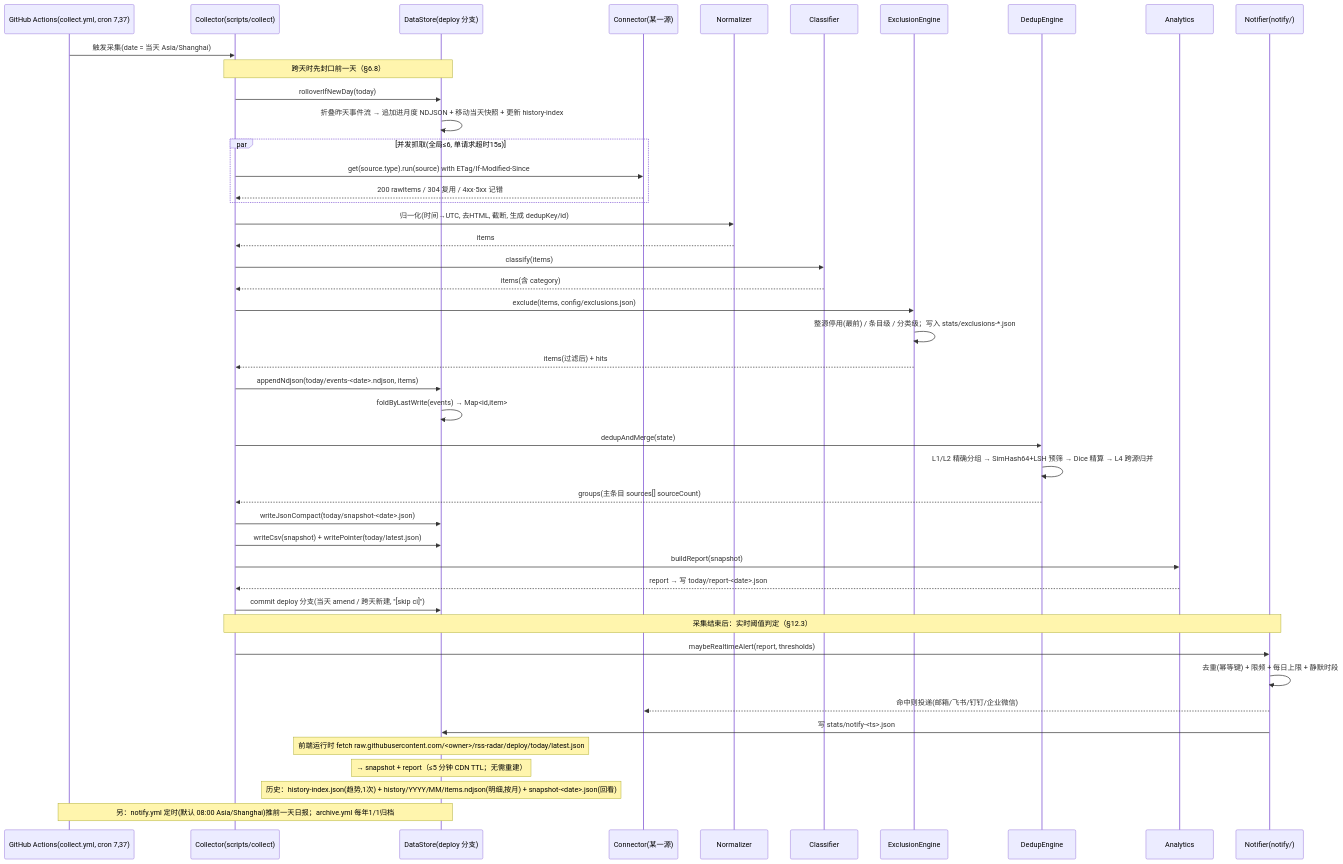
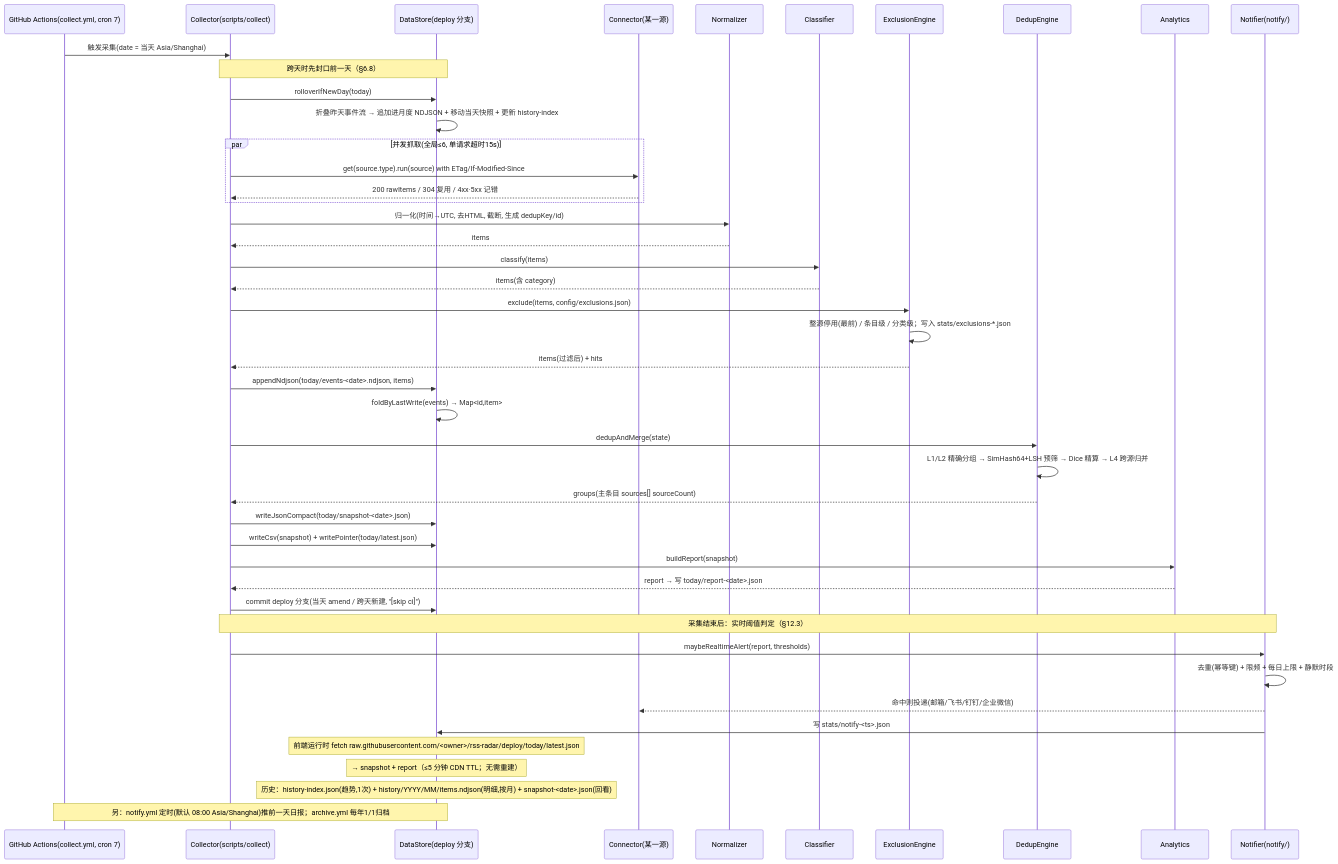
The diagram in docs/sequence-diagram.mermaid (Shonee/rss-radar), drawn with Mermaid before and after one commit. The commit also changed 9 other files, not shown here.

```diff
--- a/docs/sequence-diagram.mermaid
+++ b/docs/sequence-diagram.mermaid
@@ -1,57 +1,57 @@
 %% RSS Radar — 采集 / 去重 / 当天数据读写 / 次日转历史 / 通知 关键时序
 %% v1.1：当天数据改为「追加事件流 + 折叠 + 投影快照」（方案 C 双写）；落盘到 deploy 部署分支。
 
 sequenceDiagram
-    participant Cron as GitHub Actions(collect.yml, cron 7,37)
+    participant Cron as GitHub Actions(collect.yml, cron 7)
     participant Coll as Collector(scripts/collect)
     participant Store as DataStore(deploy 分支)
     participant Conn as Connector(某一源)
     participant Norm as Normalizer
     participant Cls as Classifier
     participant Exc as ExclusionEngine
     participant Dedup as DedupEngine
     participant Ana as Analytics
     participant Notify as Notifier(notify/)
 
     Cron->>Coll: 触发采集(date = 当天 Asia/Shanghai)
 
     Note over Coll,Store: 跨天时先封口前一天（§6.8）
     Coll->>Store: rolloverIfNewDay(today)
     Store->>Store: 折叠昨天事件流 → 追加进月度 NDJSON + 移动当天快照 + 更新 history-index
 
     par 并发抓取(全局≤6, 单请求超时15s)
         Coll->>Conn: get(source.type).run(source) with ETag/If-Modified-Since
         Conn-->>Coll: 200 rawItems / 304 复用 / 4xx·5xx 记错
     end
 
     Coll->>Norm: 归一化(时间→UTC, 去HTML, 截断, 生成 dedupKey/id)
     Norm-->>Coll: items
     Coll->>Cls: classify(items)
     Cls-->>Coll: items(含 category)
     Coll->>Exc: exclude(items, config/exclusions.json)
     Exc->>Exc: 整源停用(最前) / 条目级 / 分类级；写入 stats/exclusions-*.json
     Exc-->>Coll: items(过滤后) + hits
 
     Coll->>Store: appendNdjson(today/events-<date>.ndjson, items)   # ★真·追加 O(1)
     Store->>Store: foldByLastWrite(events) → Map<id,item>           # last-write-wins 逻辑去重
     Coll->>Dedup: dedupAndMerge(state)
     Dedup->>Dedup: L1/L2 精确分组 → SimHash64+LSH 预筛 → Dice 精算 → L4 跨源归并
     Dedup-->>Coll: groups(主条目 sources[] sourceCount)
 
     Coll->>Store: writeJsonCompact(today/snapshot-<date>.json)      # 投影快照(覆盖写)
     Coll->>Store: writeCsv(snapshot) + writePointer(today/latest.json)
     Coll->>Ana: buildReport(snapshot)
     Ana-->>Coll: report → 写 today/report-<date>.json
     Coll->>Store: commit deploy 分支(当天 amend / 跨天新建, "[skip ci]")
 
     Note over Coll,Notify: 采集结束后：实时阈值判定（§12.3）
     Coll->>Notify: maybeRealtimeAlert(report, thresholds)
     Notify->>Notify: 去重(幂等键) + 限频 + 每日上限 + 静默时段
     Notify-->>Conn: 命中则投递(邮箱/飞书/钉钉/企业微信)
     Notify->>Store: 写 stats/notify-<ts>.json
 
     Note over Store: 前端运行时 fetch raw.githubusercontent.com/<owner>/rss-radar/deploy/today/latest.json
     Note over Store: → snapshot + report（≤5 分钟 CDN TTL；无需重建）
     Note over Store: 历史：history-index.json(趋势,1次) + history/YYYY/MM/items.ndjson(明细,按月) + snapshot-<date>.json(回看)
 
     Note over Cron,Store: 另：notify.yml 定时(默认 08:00 Asia/Shanghai)推前一天日报；archive.yml 每年1/1归档
```
